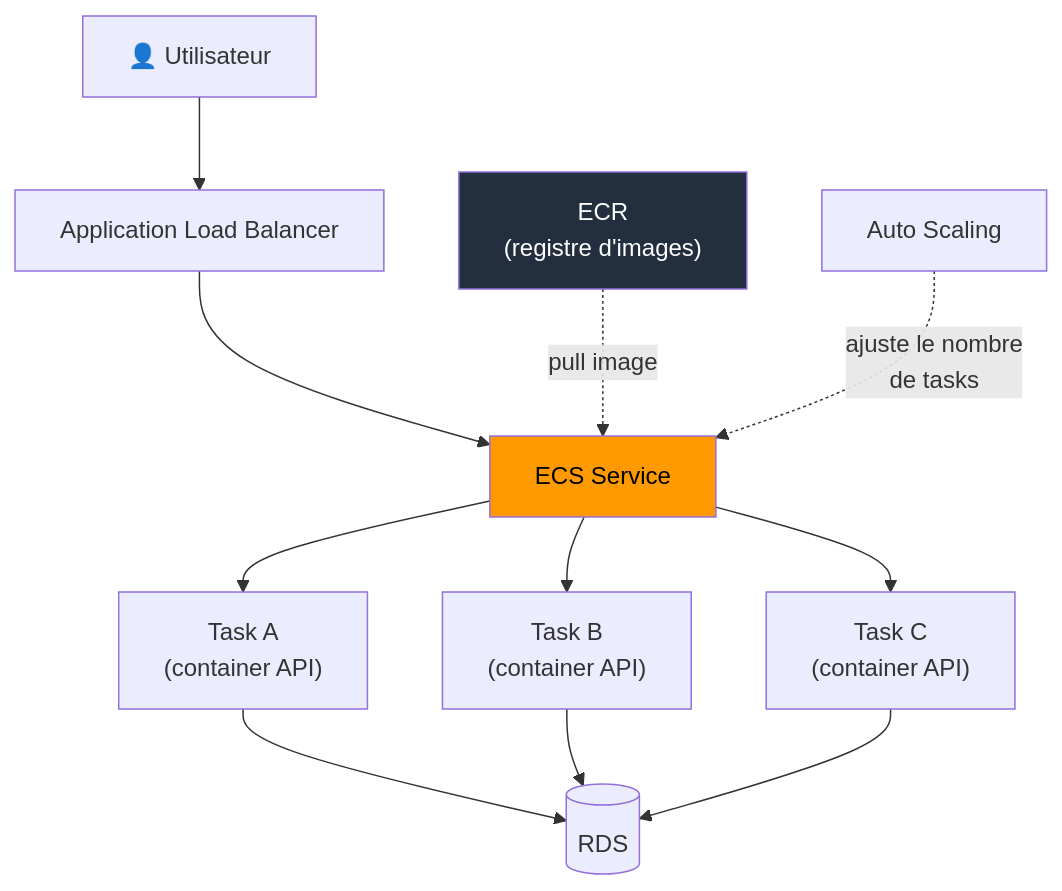
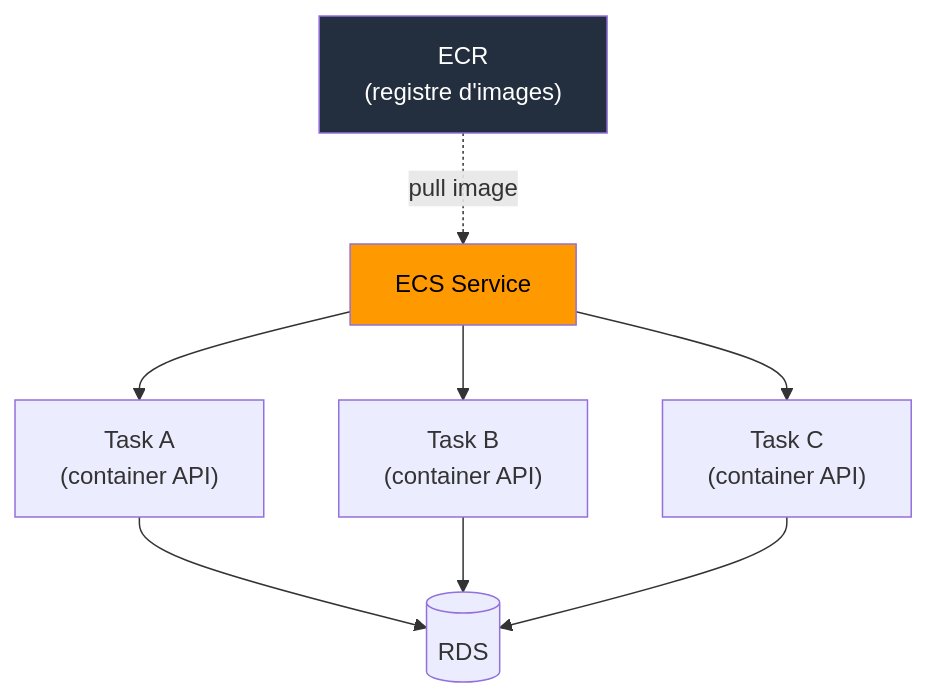
Before and after one commit to Gooseppr/GevOps_LC: the first of 2 diagrams in courses/cloud-aws/aws_module_25_containers.md, drawn with Mermaid. The commit also changed other lines of this file and 35 other files, not shown here.

````diff
--- a/courses/cloud-aws/aws_module_25_containers.md
+++ b/courses/cloud-aws/aws_module_25_containers.md
@@ -56,16 +56,13 @@
 ```mermaid
 graph TD
-    User["👤 Utilisateur"] --> ALB["Application Load Balancer"]
-    ALB --> SVC["ECS Service"]
-    SVC --> T1["Task A\n(container API)"]
+    SVC["ECS Service"] --> T1["Task A\n(container API)"]
     SVC --> T2["Task B\n(container API)"]
     SVC --> T3["Task C\n(container API)"]
     T1 --> DB[(RDS)]
     T2 --> DB
     T3 --> DB
     ECR["ECR\n(registre d'images)"] -.->|"pull image"| SVC
-    ASG["Auto Scaling"] -.->|"ajuste le nombre\nde tasks"| SVC
 
     style SVC fill:#ff9900,color:#000
     style ECR fill:#232f3e,color:#fff
 ```
````
